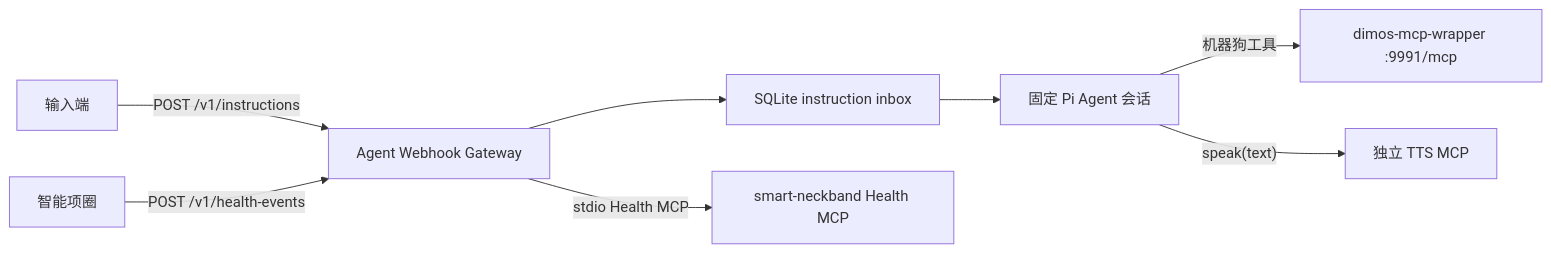
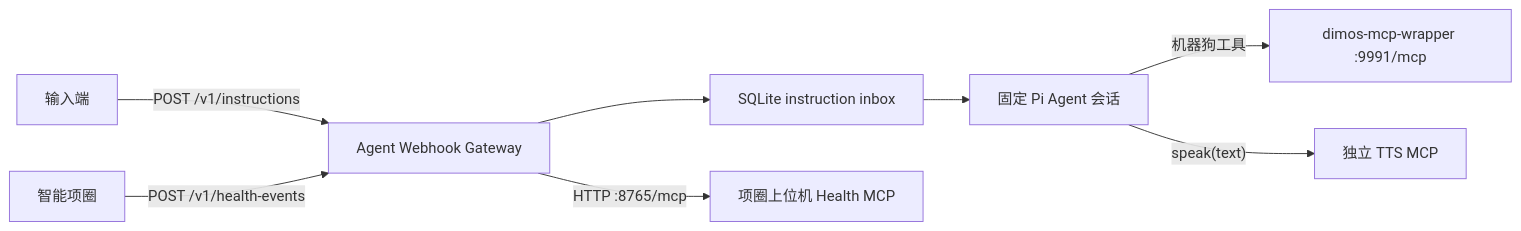
Before and after one commit to J9HSON/agent: the diagram in components/agent-framework/agent-webhook-gateway/README.md, drawn with Mermaid. The commit also changed other lines of this file and 10 other files, not shown here.

First line of the commit message:
Health: use Streamable HTTP MCP transport

````diff
--- a/components/agent-framework/agent-webhook-gateway/README.md
+++ b/components/agent-framework/agent-webhook-gateway/README.md
@@ -7,10 +7,10 @@
 ```mermaid
 flowchart LR
     I["输入端"] -->|"POST /v1/instructions"| G["Agent Webhook Gateway"]
     G --> Q["SQLite instruction inbox"]
     Q --> A["固定 Pi Agent 会话"]
     A -->|"机器狗工具"| W["dimos-mcp-wrapper :9991/mcp"]
     A -->|"speak(text)"| T["独立 TTS MCP"]
     H["智能项圈"] -->|"POST /v1/health-events"| G
-    G -->|"stdio Health MCP"| M["smart-neckband Health MCP"]
+    G -->|"HTTP :8765/mcp"| M["项圈上位机 Health MCP"]
 ```
````
